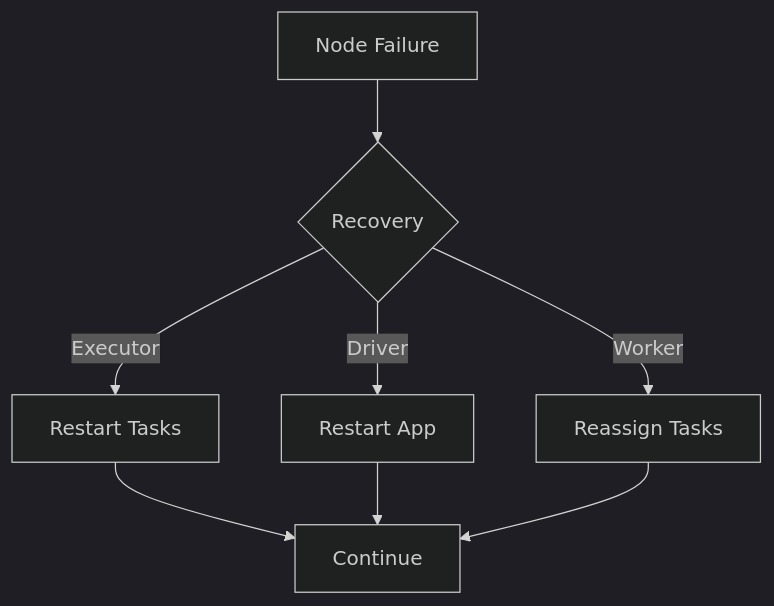
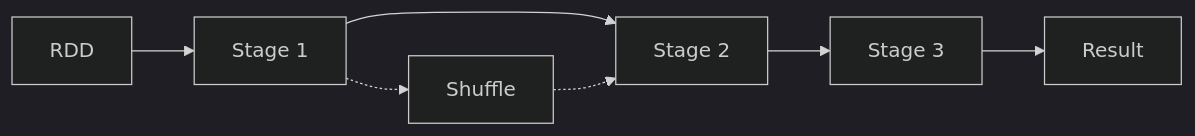
The diagram in mermaid/marp/courses/apache-spark-with-scala/01_introduction_to_spark.md/12.mmd (veltzer/teaching-slides), drawn with Mermaid (dark theme) before and after one commit. The commit also changed 27 other files, not shown here.

```diff
--- a/mermaid/marp/courses/apache-spark-with-scala/01_introduction_to_spark.md/12.mmd
+++ b/mermaid/marp/courses/apache-spark-with-scala/01_introduction_to_spark.md/12.mmd
@@ -1,8 +1,8 @@
-graph TB
-    A[Node Failure] --> B{Recovery}
-    B --> |Executor| C[Restart Tasks]
-    B --> |Driver| D[Restart App]
-    B --> |Worker| E[Reassign Tasks]
-    C --> F[Continue]
-    D --> F
-    E --> F
+graph LR
+    A[RDD] --> B[Stage 1]
+    B --> C[Stage 2]
+    C --> D[Stage 3]
+    D --> E[Result]
+    
+    B -.-> F[Shuffle]
+    F -.-> C
```
